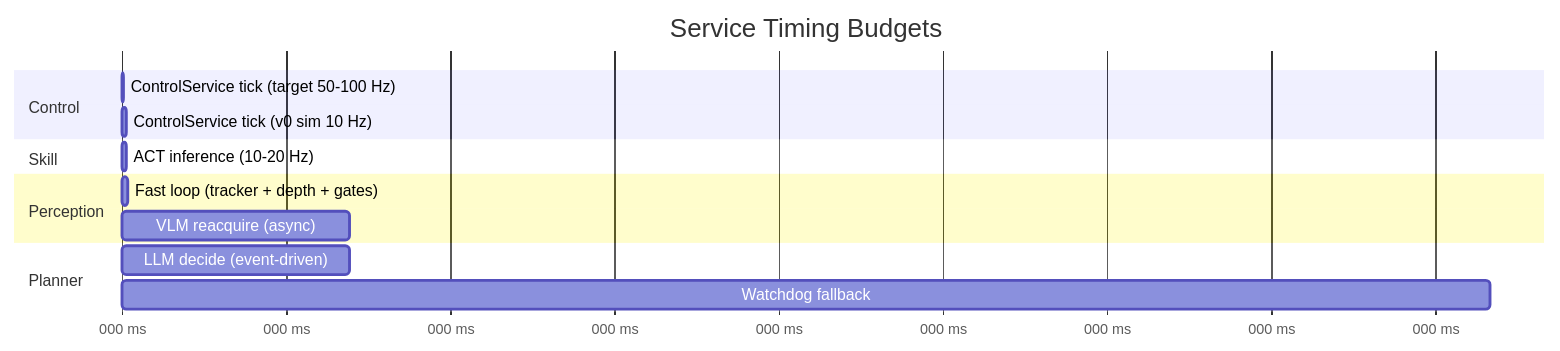
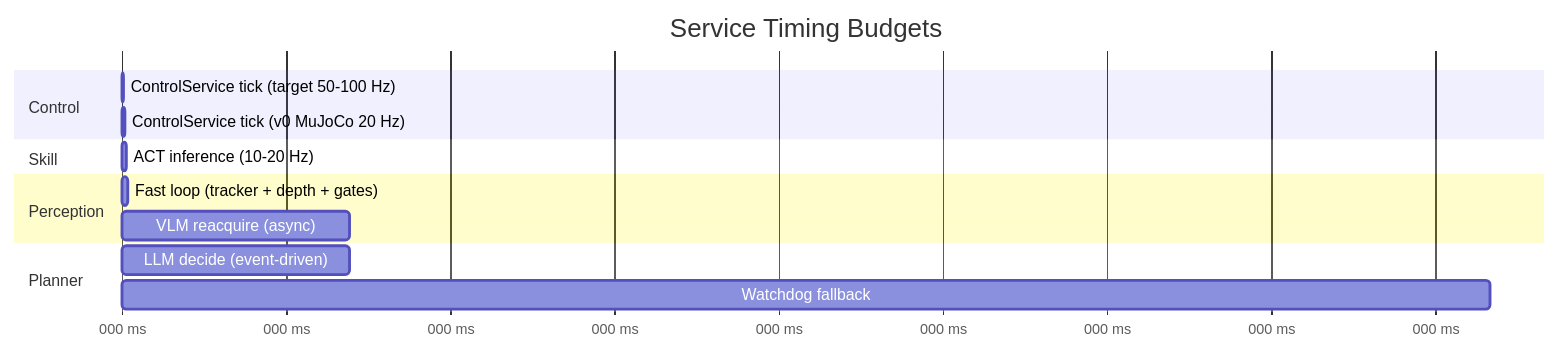
Before and after one commit to andrei-ace/HALO: the tenth of 10 diagrams in docs/README.md, drawn with Mermaid. The commit also changed other lines of this file and 1 other file, not shown here.

````diff
--- a/docs/README.md
+++ b/docs/README.md
@@ -292,21 +300,21 @@
 ```mermaid
 gantt
     title Service Timing Budgets
     dateFormat X
     axisFormat %L ms
 
     section Control
     ControlService tick (target 50-100 Hz) :0, 20
-    ControlService tick (v0 sim 10 Hz)     :0, 100
+    ControlService tick (v0 MuJoCo 20 Hz)  :0, 50
 
     section Skill
     ACT inference (10-20 Hz)           :0, 100
 
     section Perception
     Fast loop (tracker + depth + gates) :0, 120
     VLM reacquire (async)              :0, 5000
 
     section Planner
     LLM decide (event-driven)          :0, 5000
     Watchdog fallback                  :0, 30000
 ```
````
